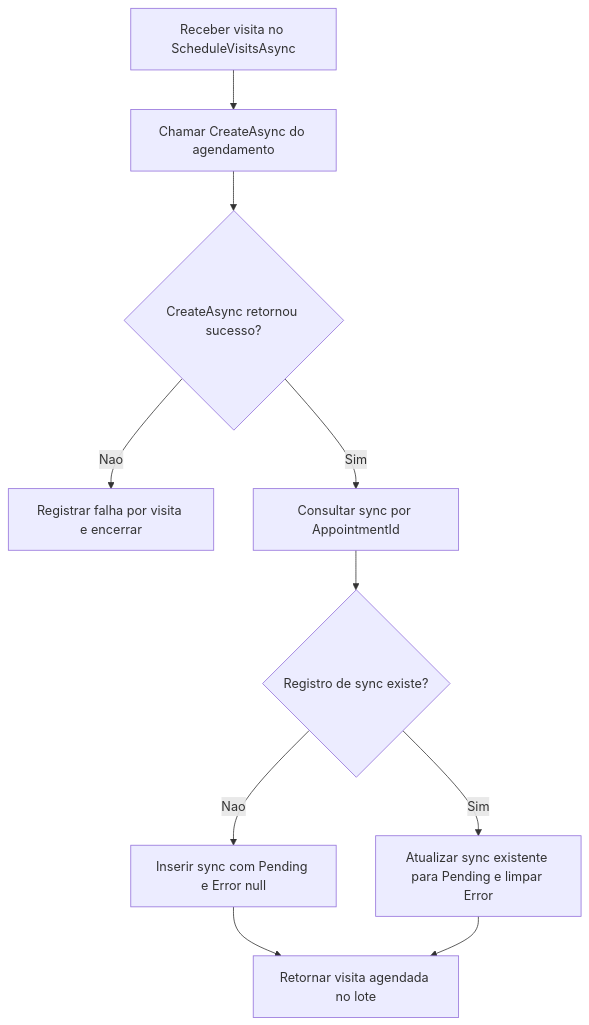
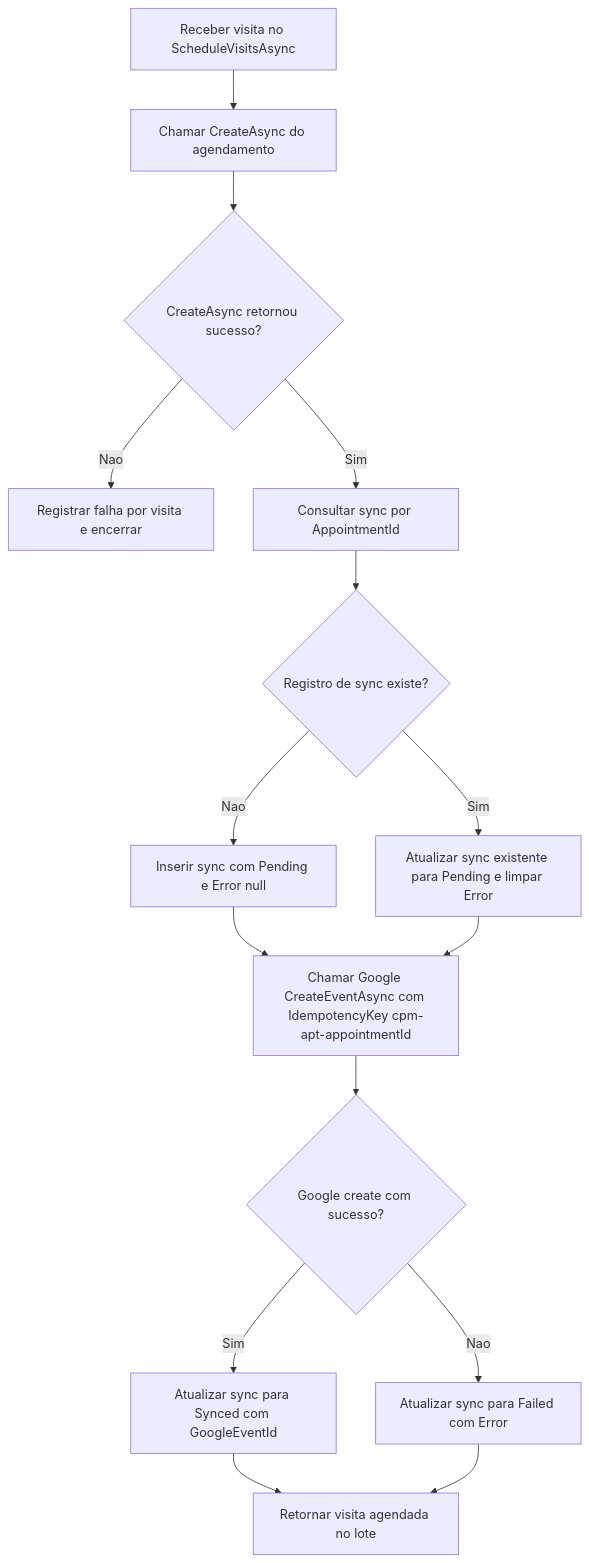
Before and after one commit to leonardomendes201704/ConsertaPraMim: the diagram in Documentacao/DIAGRAMAS/REALTIME_PRESENCA_CHAT/ST-012-sync-agendamento-google-calendar/fluxo-sync-agendamento-google-calendar.mmd, drawn with Mermaid. The commit also changed 11 other files, not shown here.

Commit message:
feat(st-012): criar evento google com idempotencia por appointment

```diff
--- a/Documentacao/DIAGRAMAS/REALTIME_PRESENCA_CHAT/ST-012-sync-agendamento-google-calendar/fluxo-sync-agendamento-google-calendar.mmd
+++ b/Documentacao/DIAGRAMAS/REALTIME_PRESENCA_CHAT/ST-012-sync-agendamento-google-calendar/fluxo-sync-agendamento-google-calendar.mmd
@@ -1,10 +1,15 @@
 flowchart TD
     A[Receber visita no ScheduleVisitsAsync] --> B[Chamar CreateAsync do agendamento]
     B --> C{CreateAsync retornou sucesso?}
     C -->|Nao| D[Registrar falha por visita e encerrar]
     C -->|Sim| E[Consultar sync por AppointmentId]
     E --> F{Registro de sync existe?}
     F -->|Nao| G[Inserir sync com Pending e Error null]
     F -->|Sim| H[Atualizar sync existente para Pending e limpar Error]
-    G --> I[Retornar visita agendada no lote]
+    G --> I[Chamar Google CreateEventAsync com IdempotencyKey cpm-apt-appointmentId]
     H --> I
+    I --> J{Google create com sucesso?}
+    J -->|Sim| K[Atualizar sync para Synced com GoogleEventId]
+    J -->|Nao| L[Atualizar sync para Failed com Error]
+    K --> M[Retornar visita agendada no lote]
+    L --> M
```
